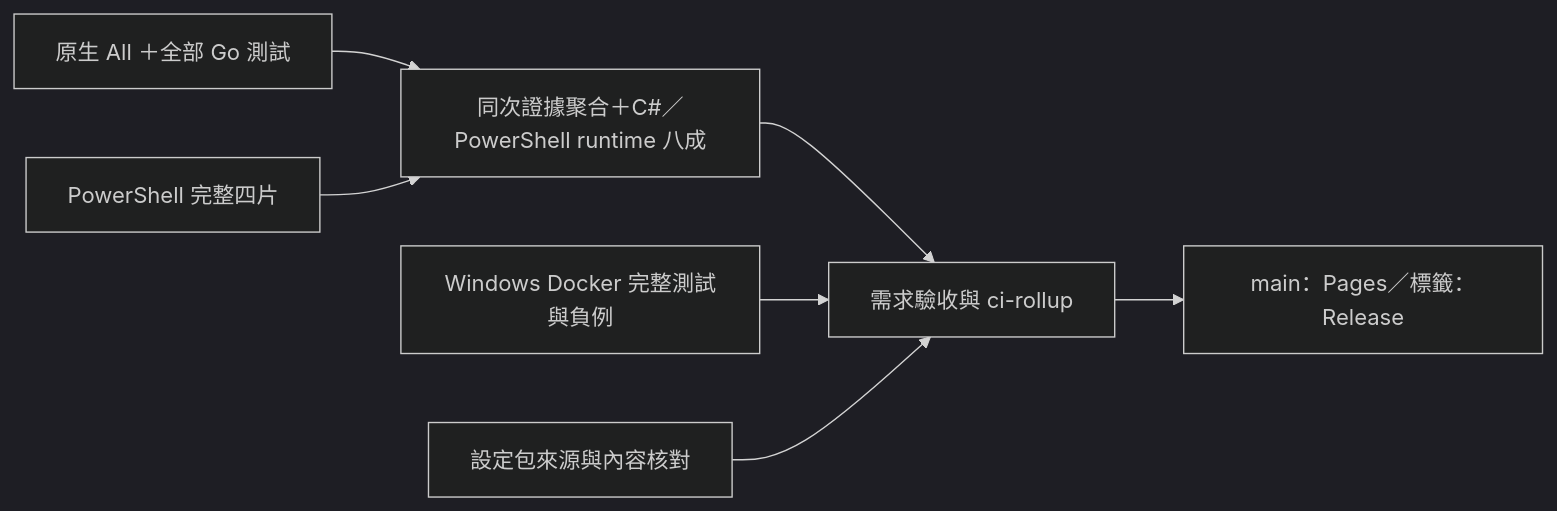
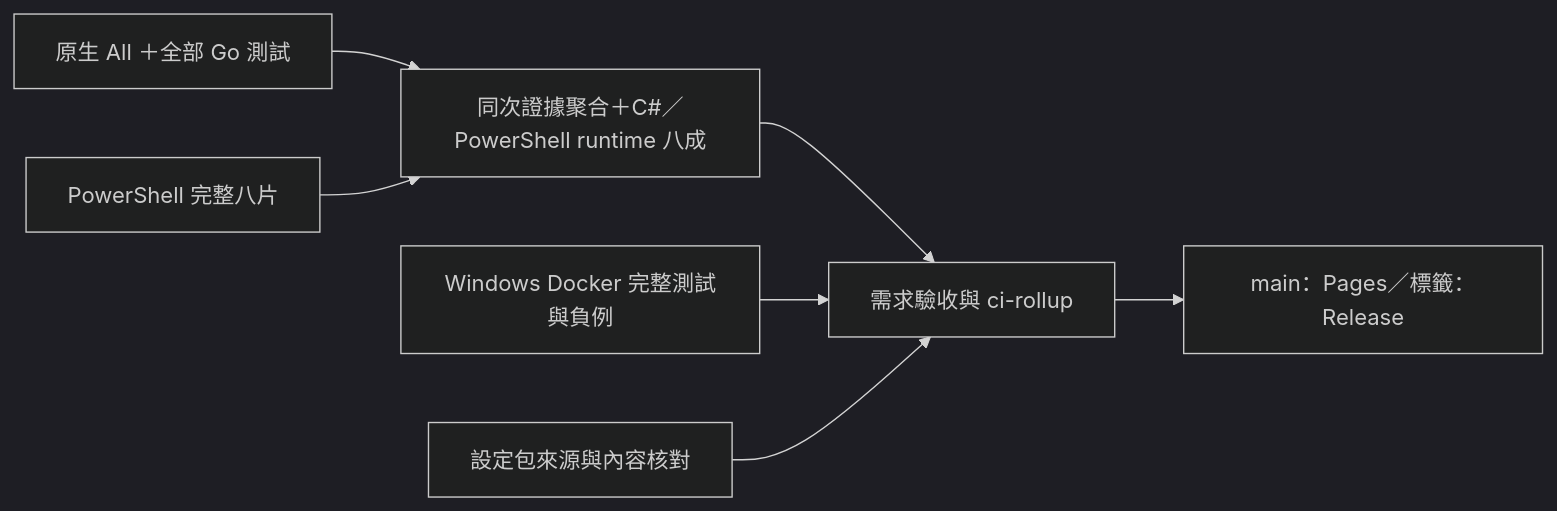
One commit to ycpss91255-docker/windows_setup changed the diagram in doc/ci_guide.md. Above: the diagram before and after it, drawn with Mermaid (dark theme). The commit also changed other lines of this file and 13 other files, not shown here.

First line of the commit message:
CI：PowerShell 全源量測改為八片並依實測耗時分配

````diff
--- a/doc/ci_guide.md
+++ b/doc/ci_guide.md
@@ -18,9 +18,9 @@
 ```mermaid
 flowchart LR
   native["原生 All ＋全部 Go 測試"] --> aggregate["同次證據聚合＋C#／PowerShell runtime 八成"]
-  powershell["PowerShell 完整四片"] --> aggregate
+  powershell["PowerShell 完整八片"] --> aggregate
   aggregate --> gate["需求驗收與 ci-rollup"]
   docker["Windows Docker 完整測試與負例"] --> gate
   payload["設定包來源與內容核對"] --> gate
   gate --> publish["main：Pages／標籤：Release"]
 ```
````
